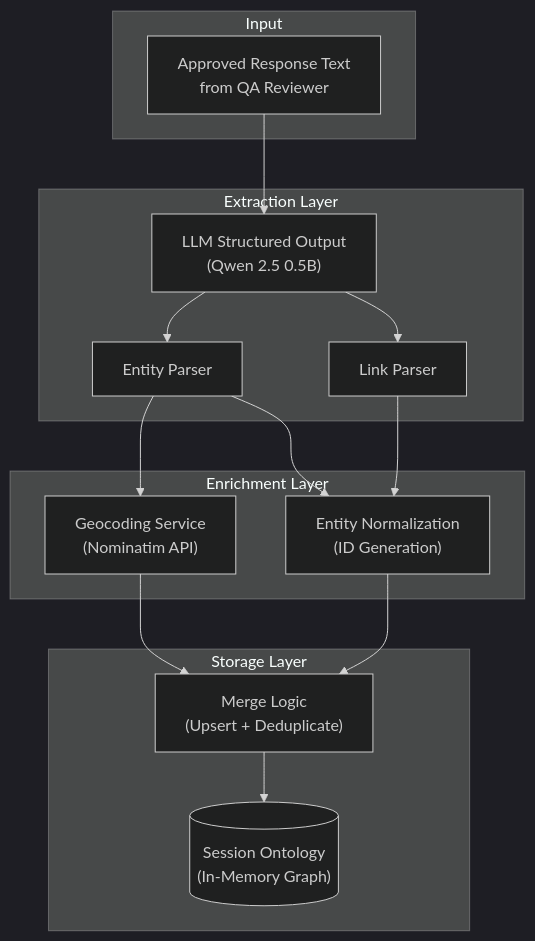
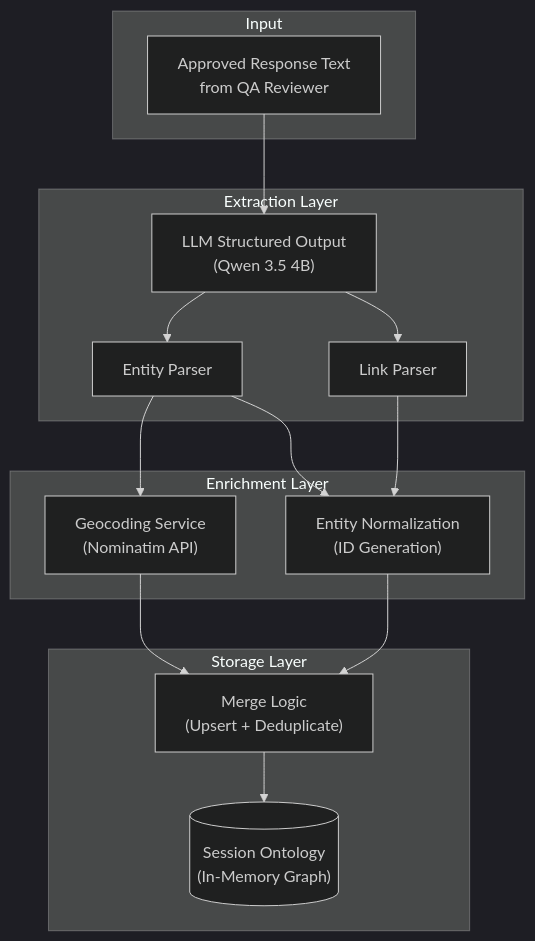
Before and after one commit to fbaierl/geo-vision-lab: the first of 2 diagrams in docs/ontology.md, drawn with Mermaid. The commit also changed 12 other files, not shown here.

Commit message:
removed llama and 0.5B qwen llm; added documentation about ontology; qwen 4B is too weak for ontology

````diff
--- a/docs/ontology.md
+++ b/docs/ontology.md
@@ -27,33 +27,33 @@
 ```mermaid
 %%{init: {'theme': 'dark'}}%%
 graph TB
     subgraph Input ["Input"]
         RESP["Approved Response Text<br/>from QA Reviewer"]
     end
 
     subgraph Extract ["Extraction Layer"]
-        LLM["LLM Structured Output<br/>(Qwen 2.5 0.5B)"]
+        LLM["LLM Structured Output<br/>(Qwen 3.5 4B)"]
         ENT_PARSER["Entity Parser"]
         LINK_PARSER["Link Parser"]
     end
 
     subgraph Enrich ["Enrichment Layer"]
         GEO["Geocoding Service<br/>(Nominatim API)"]
         NORM["Entity Normalization<br/>(ID Generation)"]
     end
 
     subgraph Store ["Storage Layer"]
         MERGE["Merge Logic<br/>(Upsert + Deduplicate)"]
         ONTO[("Session Ontology<br/>(In-Memory Graph)")]
     end
 
     RESP --> LLM
     LLM --> ENT_PARSER
     LLM --> LINK_PARSER
     ENT_PARSER --> NORM
     ENT_PARSER --> GEO
     LINK_PARSER --> NORM
     GEO --> MERGE
     NORM --> MERGE
     MERGE --> ONTO
 ```
````
